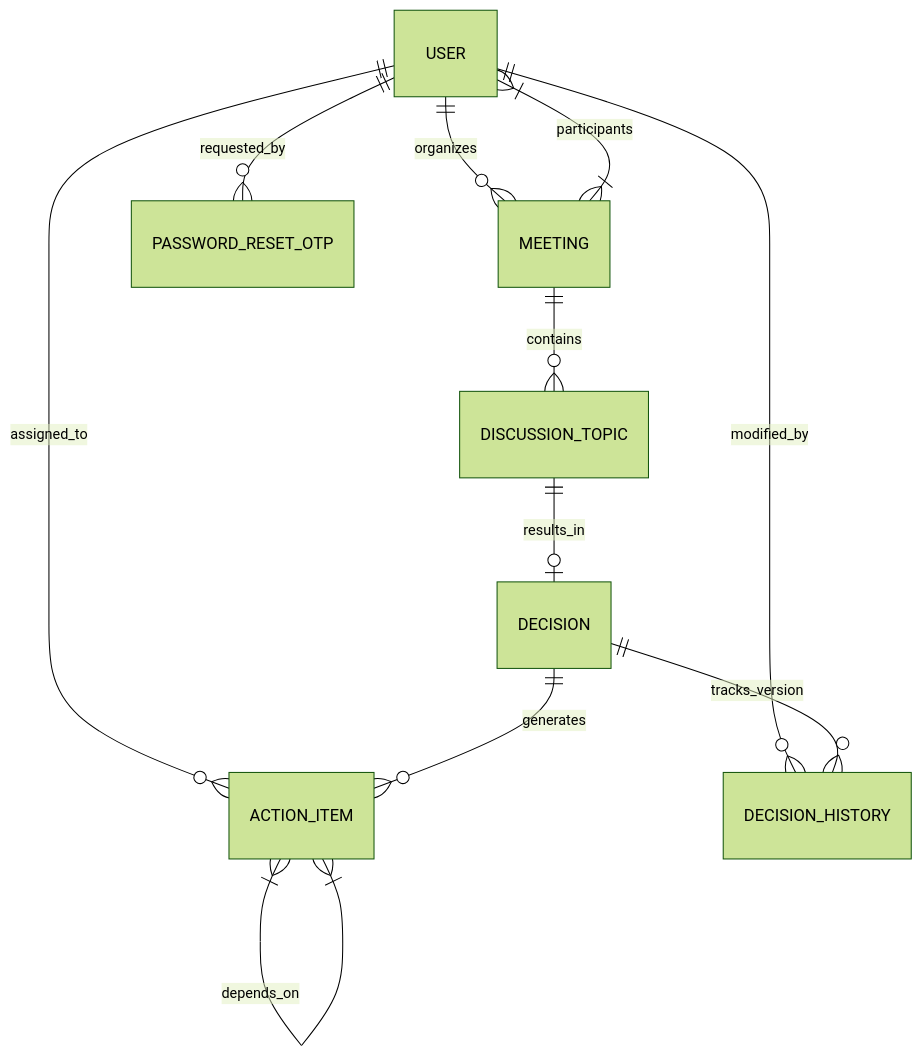
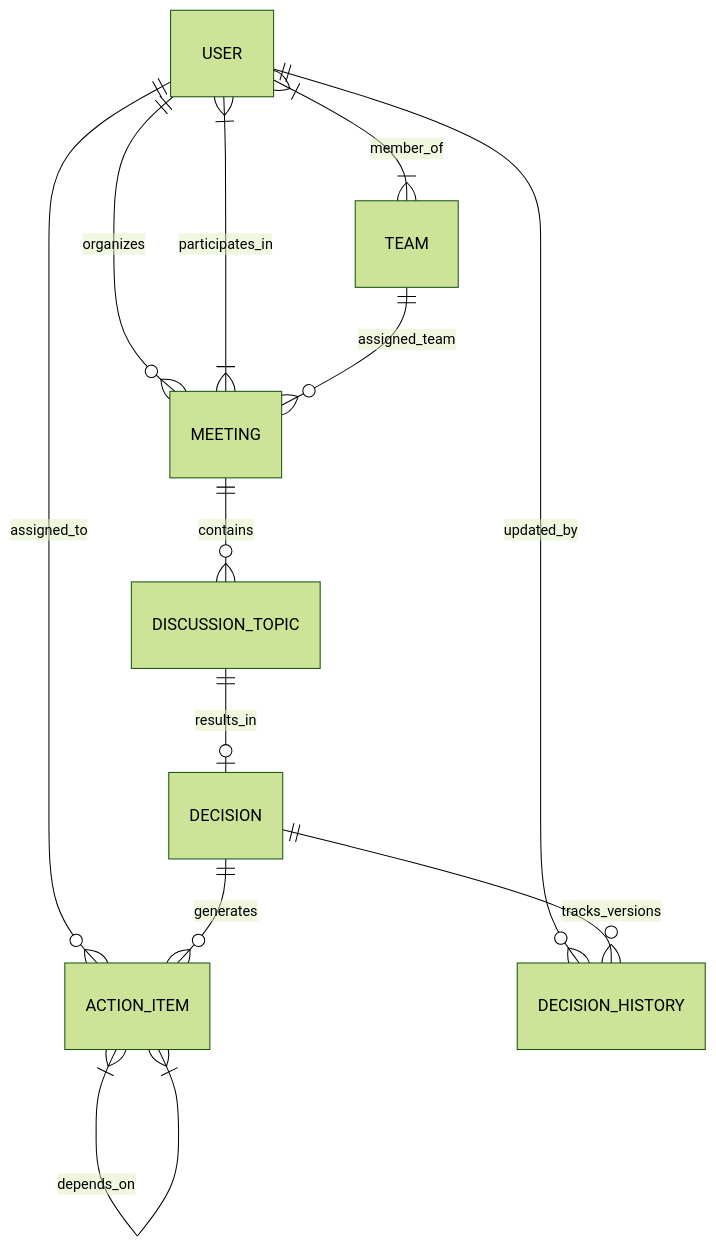
The diagram in README.md (Shlesh2007/Smart-Meeting-Decision-Tracker), drawn with Mermaid (forest theme) before and after one commit. The commit also changed other lines of this file, not shown here.

````diff
--- a/README.md
+++ b/README.md
@@ -297,16 +254,15 @@
 ```mermaid
 erDiagram
     USER ||--o{ MEETING : organizes
+    USER }|--|{ MEETING : participates_in
     USER ||--o{ ACTION_ITEM : assigned_to
-    USER ||--o{ DECISION_HISTORY : modified_by
-    USER ||--o{ PASSWORD_RESET_OTP : requested_by
+    USER ||--o{ DECISION_HISTORY : updated_by
+    USER }|--|{ TEAM : member_of
 
+    TEAM ||--o{ MEETING : assigned_team
     MEETING ||--o{ DISCUSSION_TOPIC : contains
-    MEETING }|--|{ USER : participants
-
     DISCUSSION_TOPIC ||--o| DECISION : results_in
-    DECISION ||--o{ DECISION_HISTORY : tracks_version
+    DECISION ||--o{ DECISION_HISTORY : tracks_versions
     DECISION ||--o{ ACTION_ITEM : generates
-
     ACTION_ITEM }|--|{ ACTION_ITEM : depends_on
 ```
````
